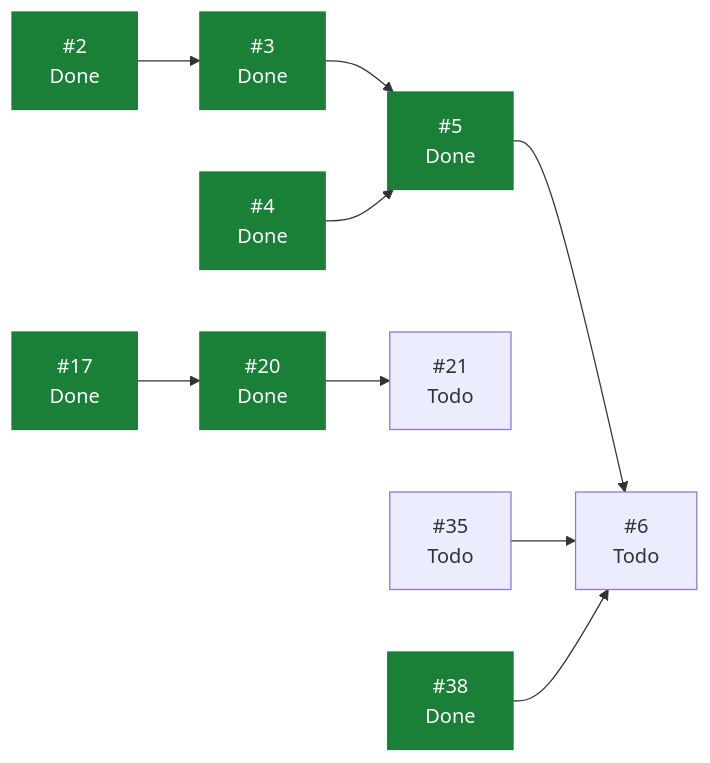
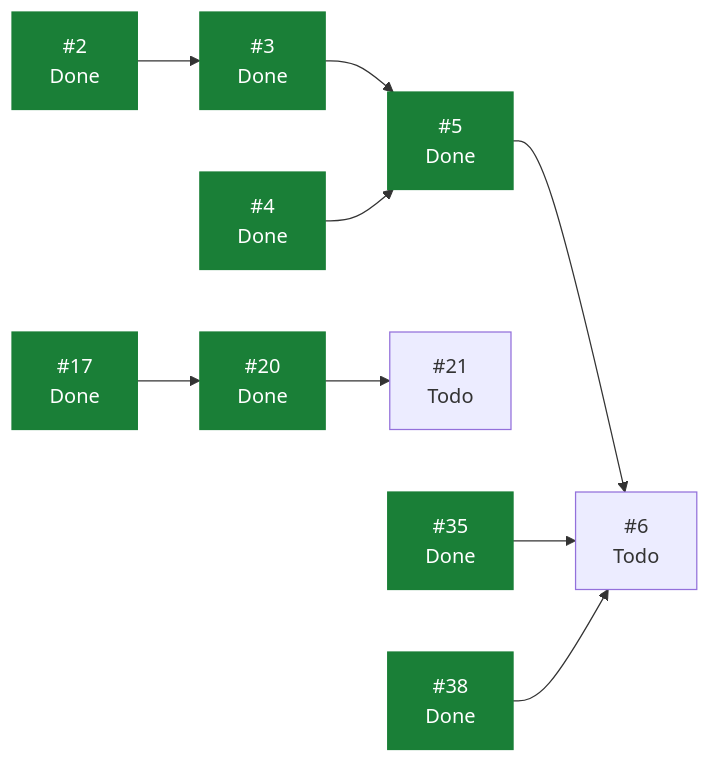
Before and after one commit to ecamp0s/evault: the diagram in docs/planning/STATUS.md, drawn with Mermaid. The commit also changed other lines of this file, not shown here.

````diff
--- a/docs/planning/STATUS.md
+++ b/docs/planning/STATUS.md
@@ -55,23 +55,23 @@
 ```mermaid
 graph LR
   I2["#2<br/>Done"]
   I3["#3<br/>Done"]
   I4["#4<br/>Done"]
   I5["#5<br/>Done"]
   I6["#6<br/>Todo"]
   I17["#17<br/>Done"]
   I20["#20<br/>Done"]
   I21["#21<br/>Todo"]
-  I35["#35<br/>Todo"]
+  I35["#35<br/>Done"]
   I38["#38<br/>Done"]
   I2 --> I3
   I3 --> I5
   I4 --> I5
   I5 --> I6
   I17 --> I20
   I20 --> I21
   I35 --> I6
   I38 --> I6
   classDef hecho fill:#1a7f37,stroke:#1a7f37,color:#fff;
-  class I2,I3,I4,I5,I17,I20,I38 hecho;
+  class I2,I3,I4,I5,I17,I20,I35,I38 hecho;
 ```
````
